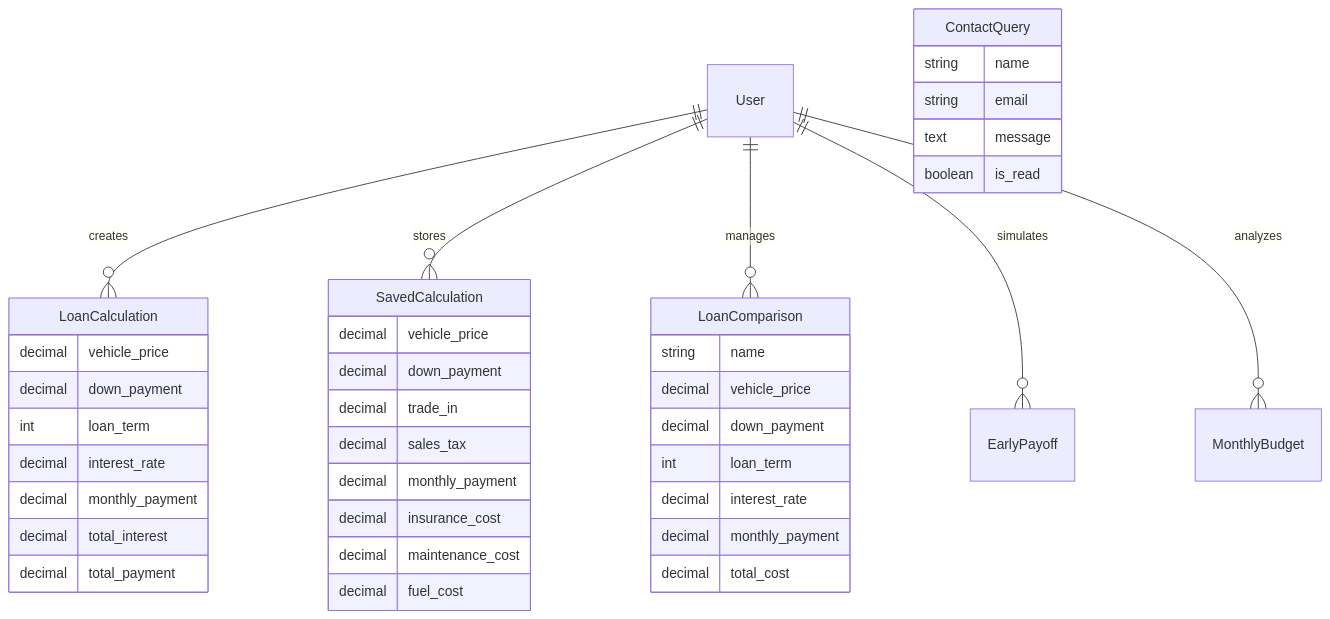
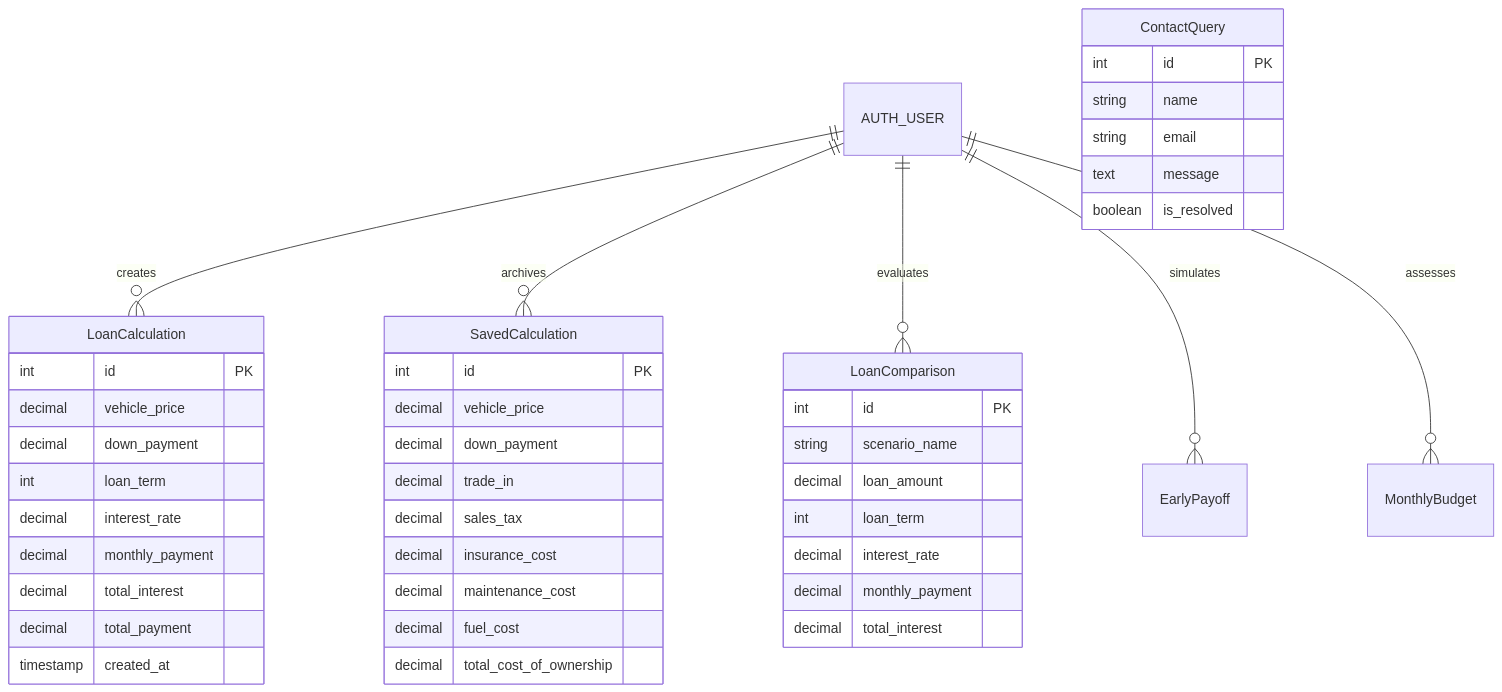
The second of 2 diagrams in README.md (iamrajvardhanmall/Car-Loan-Calculator), drawn with Mermaid before and after one commit. The commit also changed other lines of this file, not shown here.

````diff
--- a/README.md
+++ b/README.md
@@ -232,46 +247,50 @@
 ```mermaid
 erDiagram
-    User ||--o{ LoanCalculation : creates
-    User ||--o{ SavedCalculation : stores
-    User ||--o{ LoanComparison : manages
-    User ||--o{ EarlyPayoff : simulates
-    User ||--o{ MonthlyBudget : analyzes
+    AUTH_USER ||--o{ LoanCalculation : creates
+    AUTH_USER ||--o{ SavedCalculation : archives
+    AUTH_USER ||--o{ LoanComparison : evaluates
+    AUTH_USER ||--o{ EarlyPayoff : simulates
+    AUTH_USER ||--o{ MonthlyBudget : assesses
 
     LoanCalculation {
+        int id PK
         decimal vehicle_price
         decimal down_payment
         int loan_term
         decimal interest_rate
         decimal monthly_payment
         decimal total_interest
         decimal total_payment
+        timestamp created_at
     }
 
     SavedCalculation {
+        int id PK
         decimal vehicle_price
         decimal down_payment
         decimal trade_in
         decimal sales_tax
-        decimal monthly_payment
         decimal insurance_cost
         decimal maintenance_cost
         decimal fuel_cost
+        decimal total_cost_of_ownership
     }
 
     LoanComparison {
-        string name
-        decimal vehicle_price
-        decimal down_payment
+        int id PK
+        string scenario_name
+        decimal loan_amount
         int loan_term
         decimal interest_rate
         decimal monthly_payment
-        decimal total_cost
+        decimal total_interest
     }
 
     ContactQuery {
+        int id PK
         string name
         string email
         text message
-        boolean is_read
+        boolean is_resolved
     }
 ```
````
